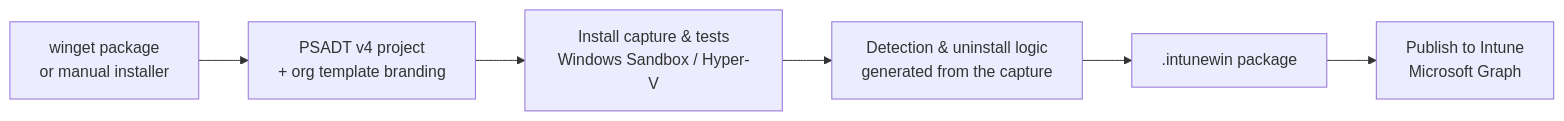
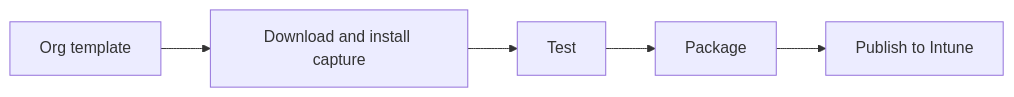
The diagram in README.md (MG-Cloudflow/win32-toolkit), drawn with Mermaid before and after one commit. The commit also changed other lines of this file and 79 other files, not shown here.

````diff
--- a/README.md
+++ b/README.md
@@ -13,8 +18,7 @@
 ```mermaid
 flowchart LR
-    A[winget package<br/>or manual installer] --> B[PSADT v4 project<br/>+ org template branding]
-    B --> C[Install capture & tests<br/>Windows Sandbox / Hyper-V]
-    C --> D[Detection & uninstall logic<br/>generated from the capture]
-    D --> E[.intunewin package]
-    E --> F[Publish to Intune<br/>Microsoft Graph]
+    A[Org template] --> B[Download and install capture]
+    B --> C[Test]
+    C --> D[Package]
+    D --> E[Publish to Intune]
 ```
````
